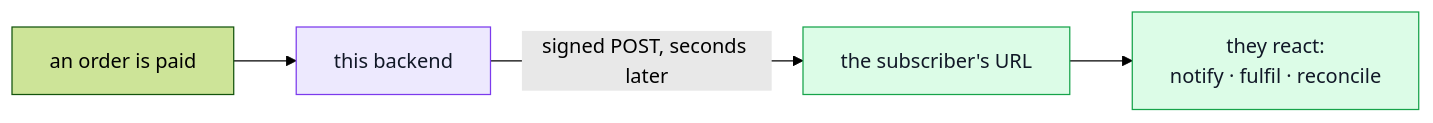
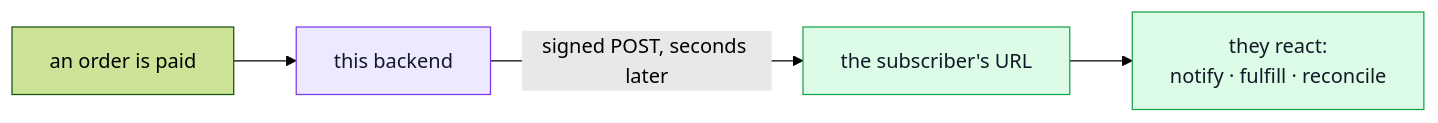
One commit to Guebbit/boilerplate-node-backend changed the first of 5 diagrams in docs/modules/webhooks.md. Above: the diagram before and after it, drawn with Mermaid (forest theme). The commit also changed other lines of this file and 301 other files, not shown here.

````diff
--- a/docs/modules/webhooks.md
+++ b/docs/modules/webhooks.md
@@ -19,11 +19,11 @@
 ```mermaid
 flowchart LR
     E["an order is paid"] --> S["this backend"]
     S -->|"signed POST, seconds later"| U["the subscriber's URL"]
-    U --> R["they react:<br/>notify · fulfil · reconcile"]
+    U --> R["they react:<br/>notify · fulfill · reconcile"]
 
     classDef here fill:#ede9fe,stroke:#7c3aed,color:#111827;
     classDef out fill:#dcfce7,stroke:#16a34a,color:#111827;
     class S here;
     class U,R out;
 ```
````
